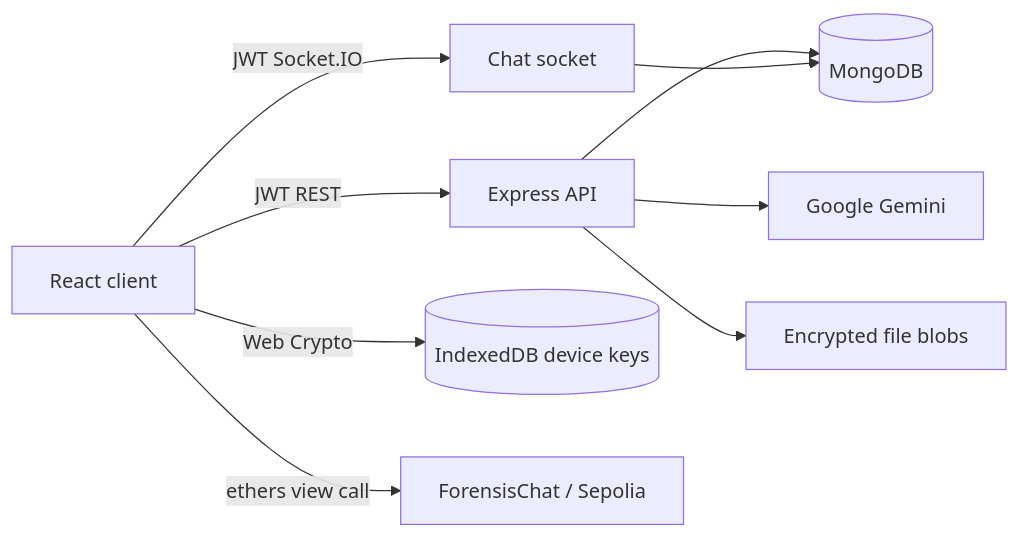
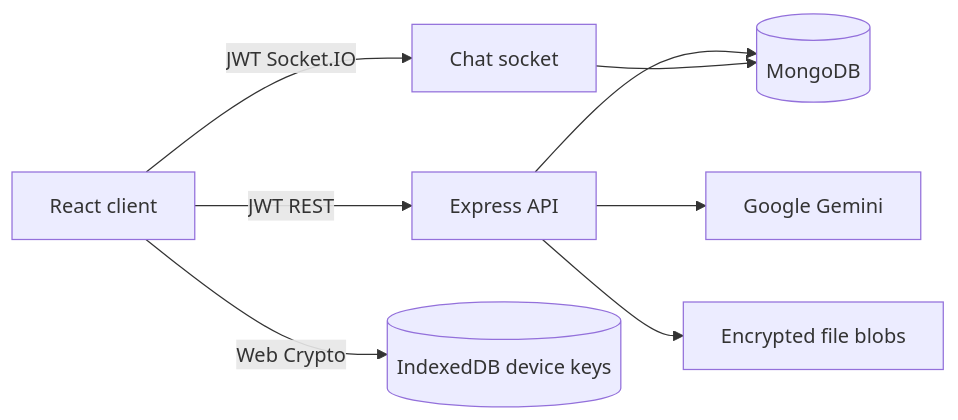
The diagram in docs/project_context.md (ThanhHoaAnRauMa/NMCNPM), drawn with Mermaid before and after one commit. The commit also changed other lines of this file and 19 other files, not shown here.

````diff
--- a/docs/project_context.md
+++ b/docs/project_context.md
@@ -24,11 +24,10 @@
 ```mermaid
 flowchart LR
   Browser[React client] -->|JWT REST| API[Express API]
   Browser -->|JWT Socket.IO| Socket[Chat socket]
   Browser -->|Web Crypto| Keys[(IndexedDB device keys)]
-  Browser -->|ethers view call| Chain[ForensisChat / Sepolia]
   API --> Mongo[(MongoDB)]
   API --> Gemini[Google Gemini]
   API --> Cloudinary[Encrypted file blobs]
   Socket --> Mongo
 ```
````
